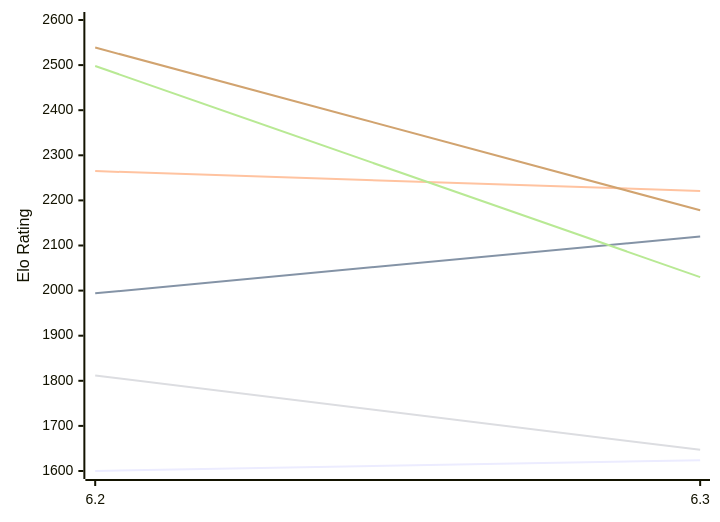
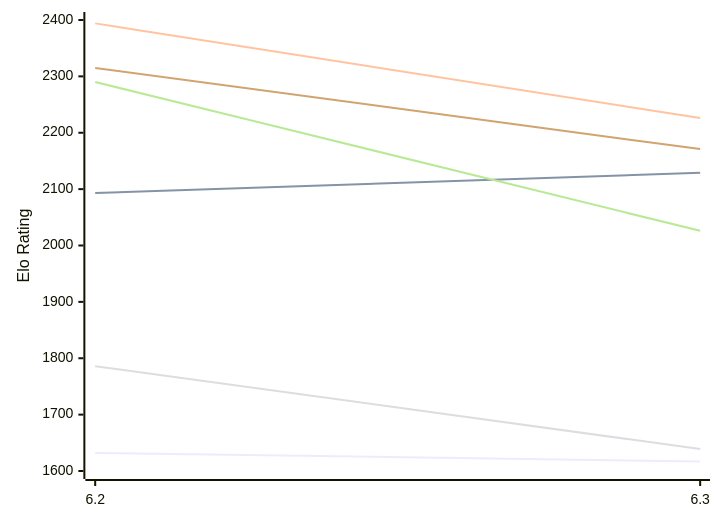
Before and after one commit to computer-chess-index/cci: the first of 2 diagrams in engines/chess4j.md, drawn with Mermaid. The commit also changed other lines of this file, not shown here.

Commit message:
Update CCI Ratings (ELO VLTC) - 2026-11-14

````diff
--- a/engines/chess4j.md
+++ b/engines/chess4j.md
@@ -50,12 +50,12 @@
 ```mermaid
 %%{init: {"theme":"base","themeVariables":{"seriesColors:['#a3a3a3','#222221','#faa371']}}}%%
 xychart-beta
   x-axis ["6.2", "6.3"]
-  y-axis "Elo Rating" 1600 --> 2600
-  line "E1: STC (8.0+0.08s)" [1600, 1624]
-  line "E1: LTC (60.0+0.60s)" [1994, 2120]
-  line "E1: VLTC (2m24s+1.12s)" [2265, 2221]
-  line "P1: STC (8.0+0.08s)" [1812, 1647]
-  line "P1: LTC (60.0+0.60s)" [2498, 2030]
-  line "P1: VLTC (2m24s+1.12s)" [2539, 2178]
+  y-axis "Elo Rating" 1600 --> 2400
+  line "E1: STC (8.0+0.08s)" [1632, 1617]
+  line "E1: LTC (60.0+0.60s)" [2093, 2129]
+  line "E1: VLTC (2m24s+1.12s)" [2394, 2226]
+  line "P1: STC (8.0+0.08s)" [1786, 1639]
+  line "P1: LTC (60.0+0.60s)" [2290, 2026]
+  line "P1: VLTC (2m24s+1.12s)" [2315, 2171]
 ```
````
